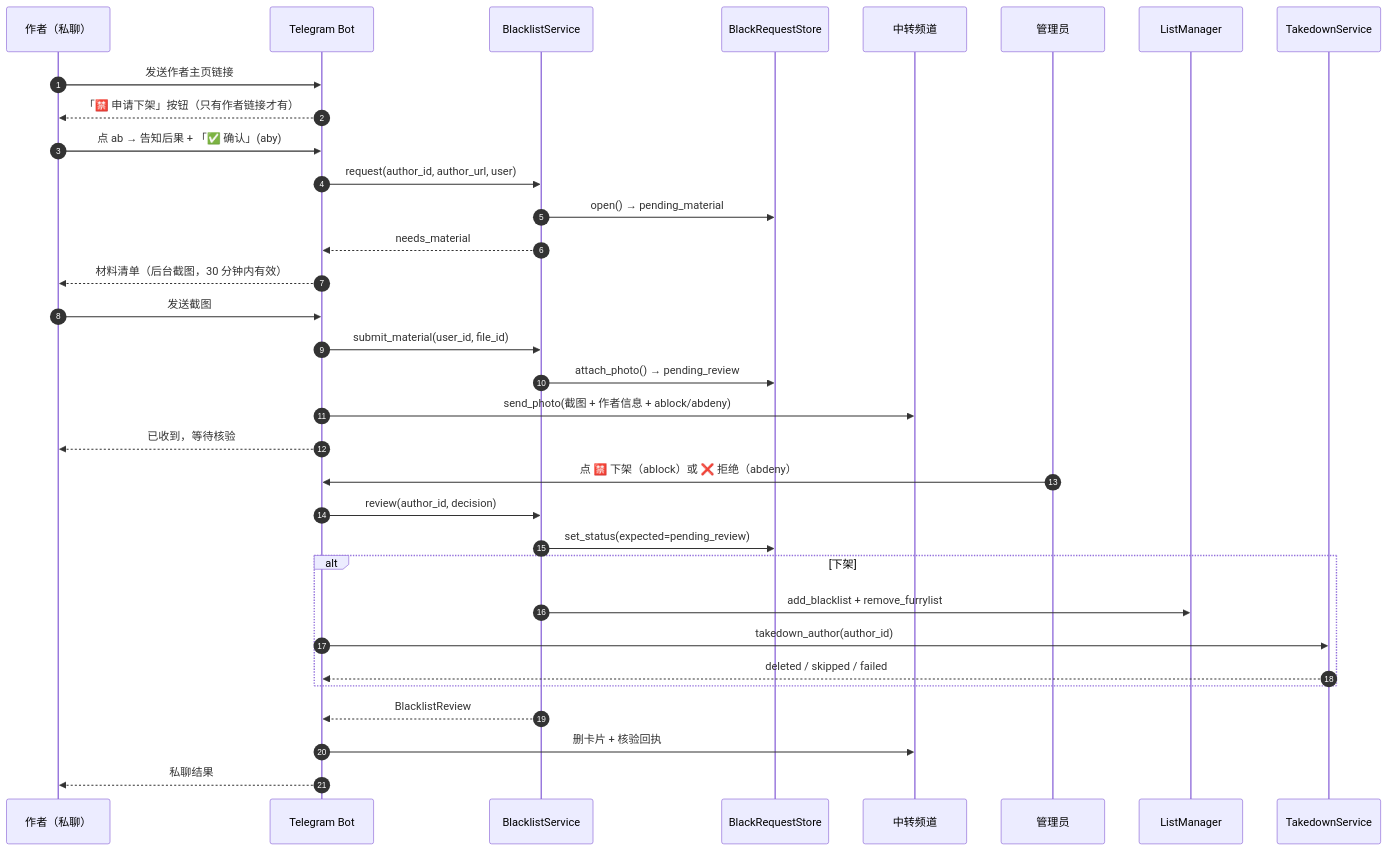
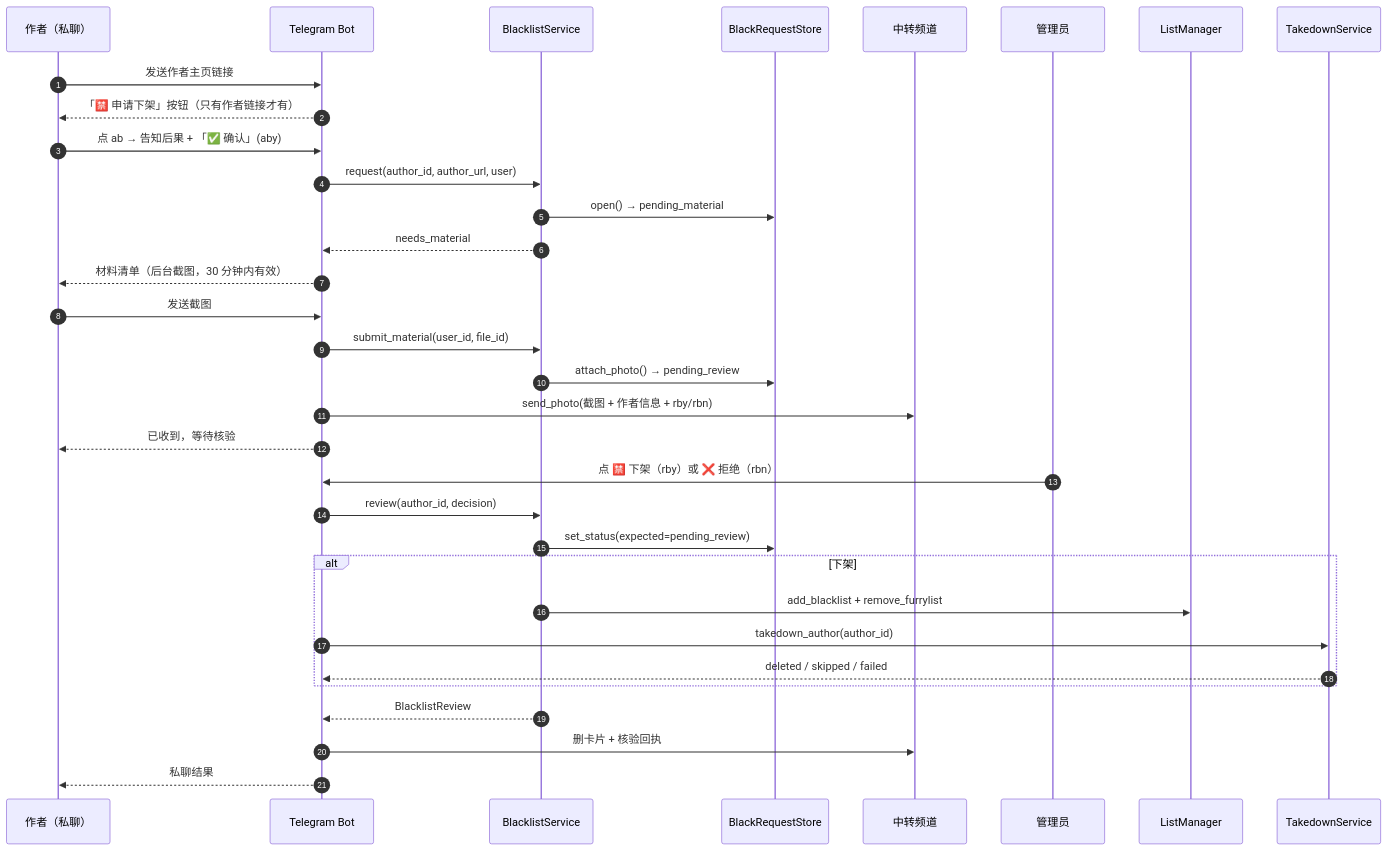
Before and after one commit to DowneyRem/FurryReadingBot: the fourth of 4 diagrams in docs/05-运行时序.md, drawn with Mermaid. The commit also changed other lines of this file and 5 other files, not shown here.

````diff
--- a/docs/05-运行时序.md
+++ b/docs/05-运行时序.md
@@ -189,38 +189,38 @@
 ```mermaid
 sequenceDiagram
     autonumber
     participant author as 作者（私聊）
     participant telegramBot as Telegram Bot
     participant blacklistService as BlacklistService
     participant blackRequests as BlackRequestStore
     participant transit as 中转频道
     participant admin as 管理员
     participant listManager as ListManager
     participant takedown as TakedownService
 
     author->>telegramBot: 发送作者主页链接
     telegramBot-->>author: 「🈲 申请下架」按钮（只有作者链接才有）
     author->>telegramBot: 点 ab → 告知后果 + 「✅ 确认」(aby)
     telegramBot->>blacklistService: request(author_id, author_url, user)
     blacklistService->>blackRequests: open() → pending_material
     blacklistService-->>telegramBot: needs_material
     telegramBot-->>author: 材料清单（后台截图，30 分钟内有效）
 
     author->>telegramBot: 发送截图
     telegramBot->>blacklistService: submit_material(user_id, file_id)
     blacklistService->>blackRequests: attach_photo() → pending_review
-    telegramBot->>transit: send_photo(截图 + 作者信息 + ablock/abdeny)
+    telegramBot->>transit: send_photo(截图 + 作者信息 + rby/rbn)
     telegramBot-->>author: 已收到，等待核验
 
-    admin->>telegramBot: 点 🈲 下架（ablock）或 ❌ 拒绝（abdeny）
+    admin->>telegramBot: 点 🈲 下架（rby）或 ❌ 拒绝（rbn）
     telegramBot->>blacklistService: review(author_id, decision)
     blacklistService->>blackRequests: set_status(expected=pending_review)
     alt 下架
         blacklistService->>listManager: add_blacklist + remove_furrylist
         telegramBot->>takedown: takedown_author(author_id)
         takedown-->>telegramBot: deleted / skipped / failed
     end
     blacklistService-->>telegramBot: BlacklistReview
     telegramBot->>transit: 删卡片 + 核验回执
     telegramBot-->>author: 私聊结果
 ```
````
